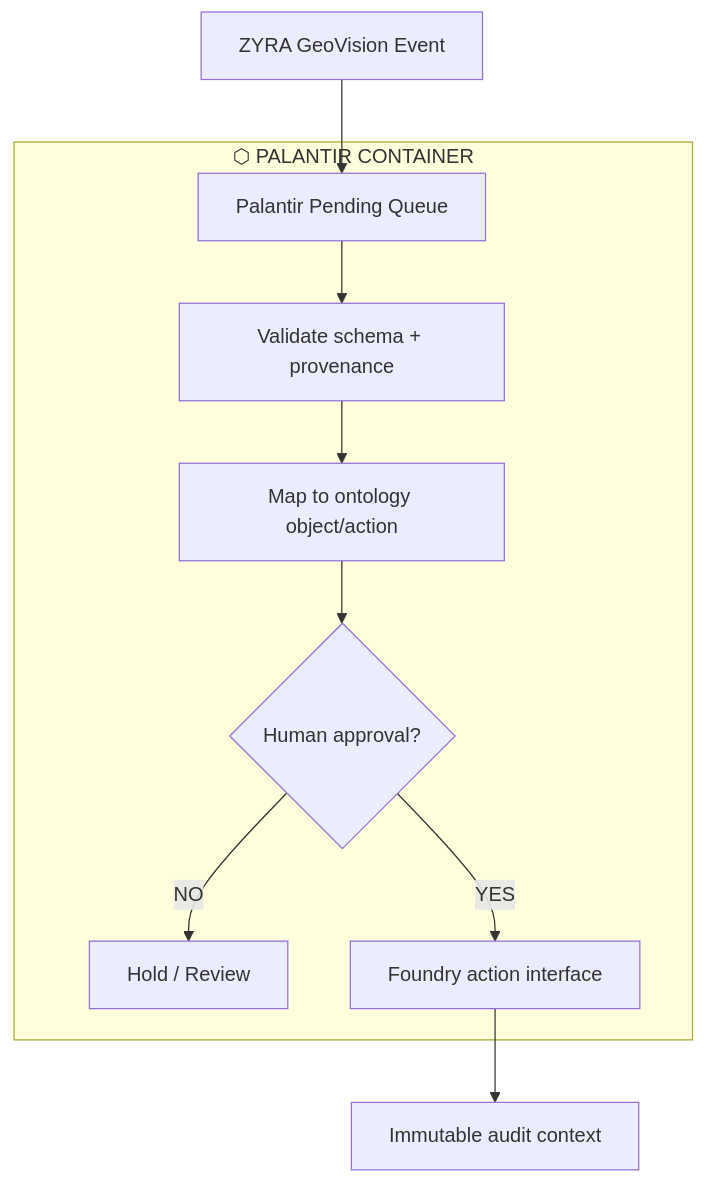
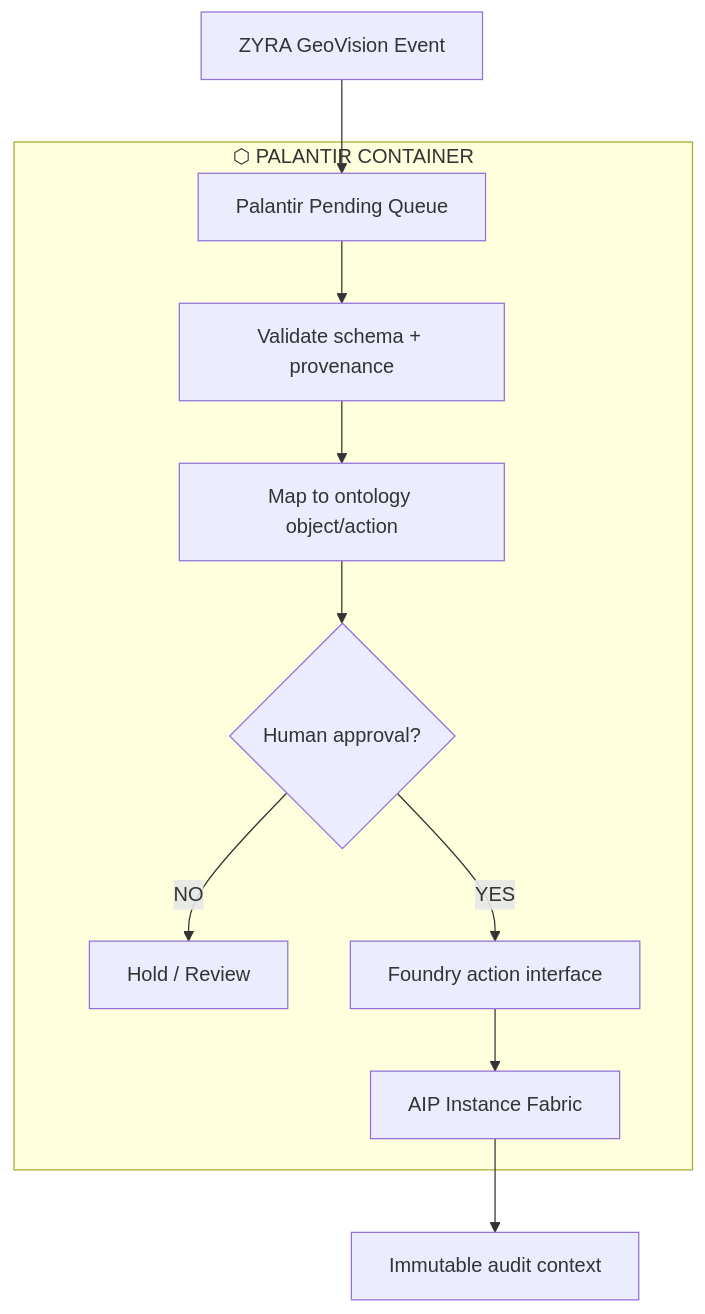
The fourth of 7 diagrams in watch-dog/README.md (sonoxo/gpt-doug-llm), drawn with Mermaid before and after one commit. The commit also changed other lines of this file, not shown here.

Commit message:
Embed all declared Foundry AIP reference instances in Watch Dog README

````diff
--- a/watch-dog/README.md
+++ b/watch-dog/README.md
@@ -213,14 +216,15 @@
 ```mermaid
 flowchart TB
     IN["ZYRA GeoVision Event"] --> Q["Palantir Pending Queue"]
 
     subgraph C["⬡ PALANTIR CONTAINER"]
         Q --> V["Validate schema + provenance"]
         V --> O["Map to ontology object/action"]
         O --> H{"Human approval?"}
         H -->|NO| HOLD["Hold / Review"]
         H -->|YES| F["Foundry action interface"]
+        F --> AIP["AIP Instance Fabric"]
     end
 
-    F --> AUDIT["Immutable audit context"]
+    AIP --> AUDIT["Immutable audit context"]
 ```
````
